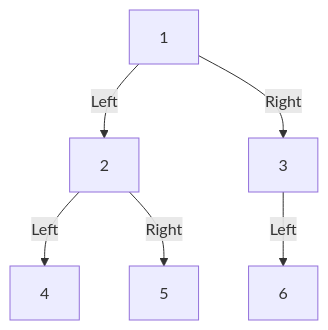
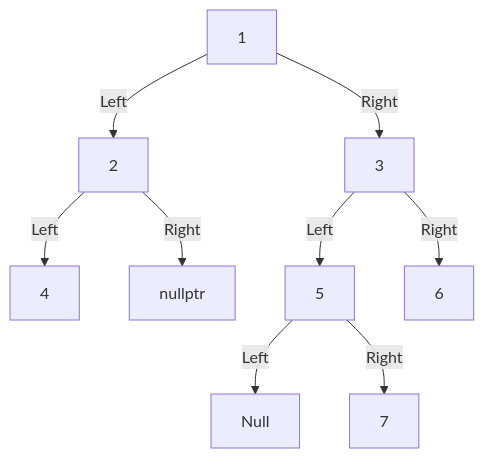
The first of 4 diagrams in C++/Binary Tree/Binary Tree visualize.md (ilksh/Algorithm-template), drawn with Mermaid before and after one commit. The commit also changed other lines of this file, not shown here.

Commit message:
Update Binary Tree visualize.md

````diff
--- a/C++/Binary Tree/Binary Tree visualize.md
+++ b/C++/Binary Tree/Binary Tree visualize.md
@@ -2,10 +2,16 @@
 ```mermaid
 graph TD;
   1-->|Left|2;
   1-->|Right|3;
   
   2-->|Left|4;
-  2-->|Right|5;
+  2-->|Right|nullptr;
   
-  3-->|Left|6;
+  3-->|Left|5;
+  3-->|Right|6;
+  
+  5-->|Left|Null;
+  5-->|Right|7;
+  
+  
 ```
````
